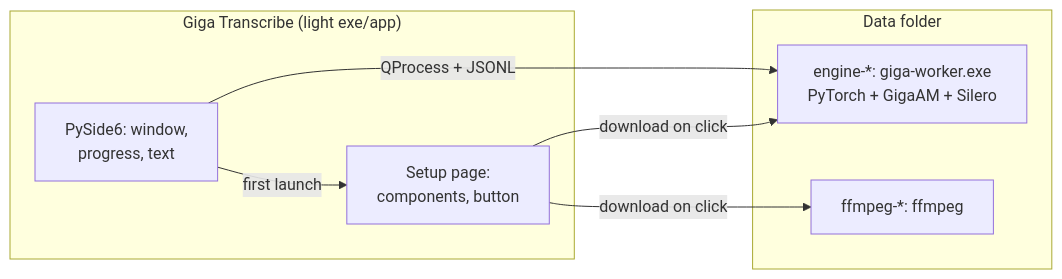
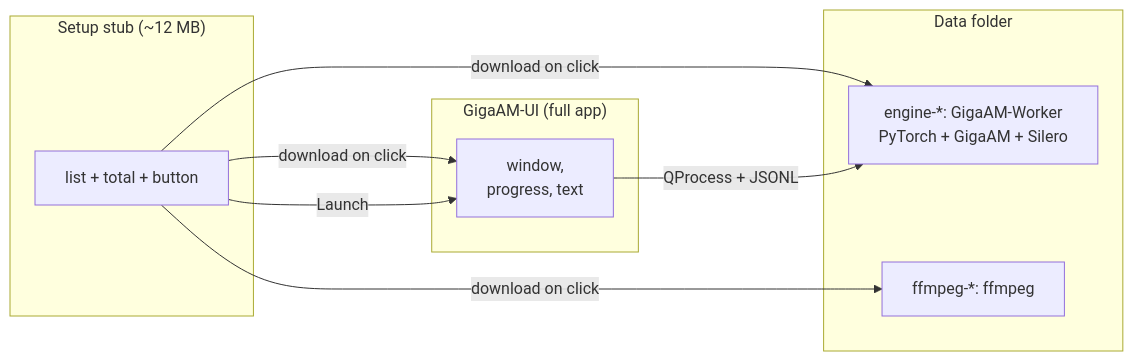
One commit to kwexz/GigaAM-UI changed the first of 4 diagrams in README.md. Above: the diagram before and after it, drawn with Mermaid. The commit also changed other lines of this file and 9 other files, not shown here.

Commit message:
Rename binaries to GigaAM-UI/Worker, launch-target tests, docs sync EN notes

````diff
--- a/README.md
+++ b/README.md
@@ -29,15 +30,18 @@
 ```mermaid
 flowchart LR
-    subgraph app["Giga Transcribe (light exe/app)"]
-        UI[PySide6: window,\nprogress, text]
-        SETUP[Setup page:\ncomponents, button]
+    subgraph stub["Setup stub (~12 MB)"]
+        S[list + total + button]
+    end
+    subgraph app["GigaAM-UI (full app)"]
+        UI[window,\nprogress, text]
     end
     subgraph data["Data folder"]
-        ENG[engine-*: giga-worker.exe\nPyTorch + GigaAM + Silero]
+        ENG[engine-*: GigaAM-Worker\nPyTorch + GigaAM + Silero]
         FF[ffmpeg-*: ffmpeg]
     end
-    UI -- "first launch" --> SETUP
-    SETUP -- "download on click" --> ENG
-    SETUP -- "download on click" --> FF
+    S -- "download on click" --> UI
+    S -- "download on click" --> ENG
+    S -- "download on click" --> FF
+    S -- "Launch" --> UI
     UI -- "QProcess + JSONL" --> ENG
 ```
````
